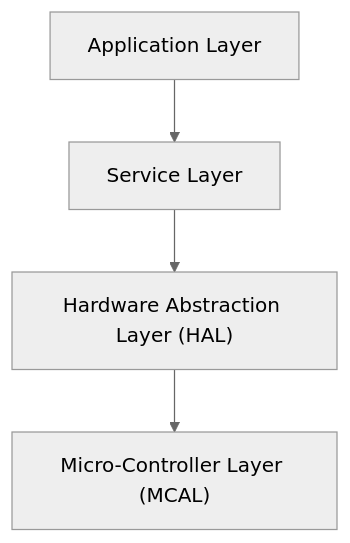
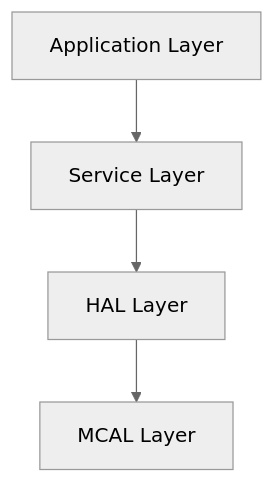
Before and after one commit to ashaker-2/Platform: the first of 2 diagrams in SoftwareReqirement.md, drawn with Mermaid (neutral theme). The commit also changed other lines of this file, not shown here.

````diff
--- a/SoftwareReqirement.md
+++ b/SoftwareReqirement.md
@@ -23,6 +14,6 @@
 ```mermaid
 graph TD
-    A["Application Layer"] --> B["Service Layer"]
-    B --> C["Hardware Abstraction Layer (HAL)"]
-    C --> D["Micro-Controller Layer (MCAL)"]
+    A[Application Layer] --> B[Service Layer]
+    B --> C[HAL Layer]
+    C --> D[MCAL Layer]
 ```
````
